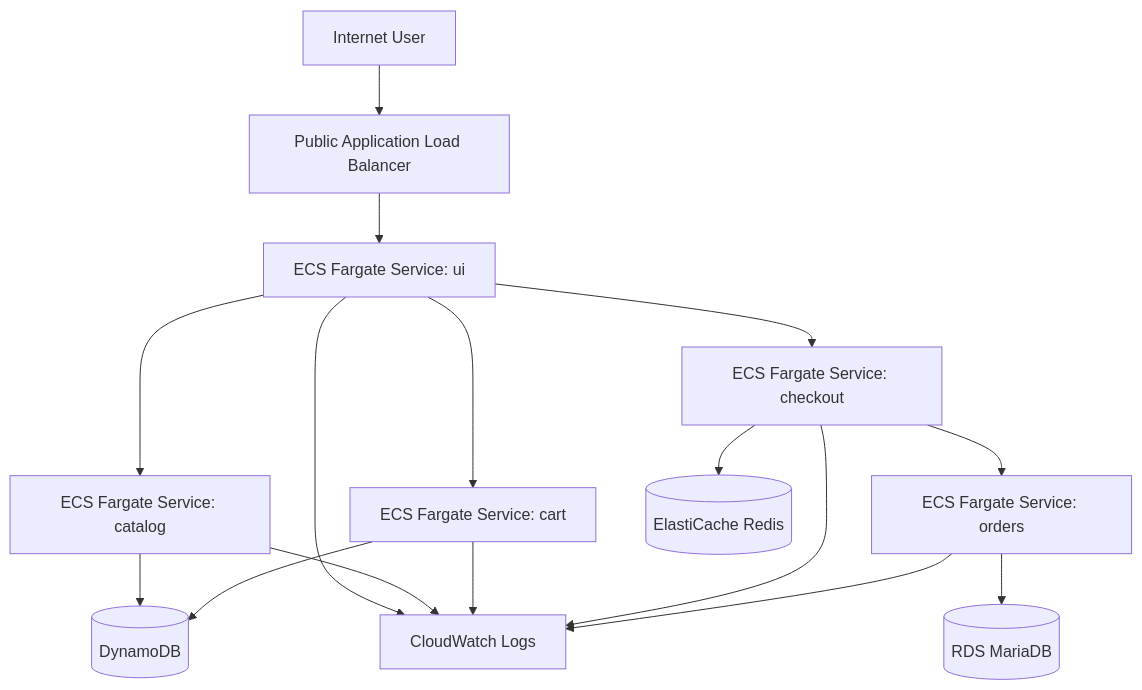
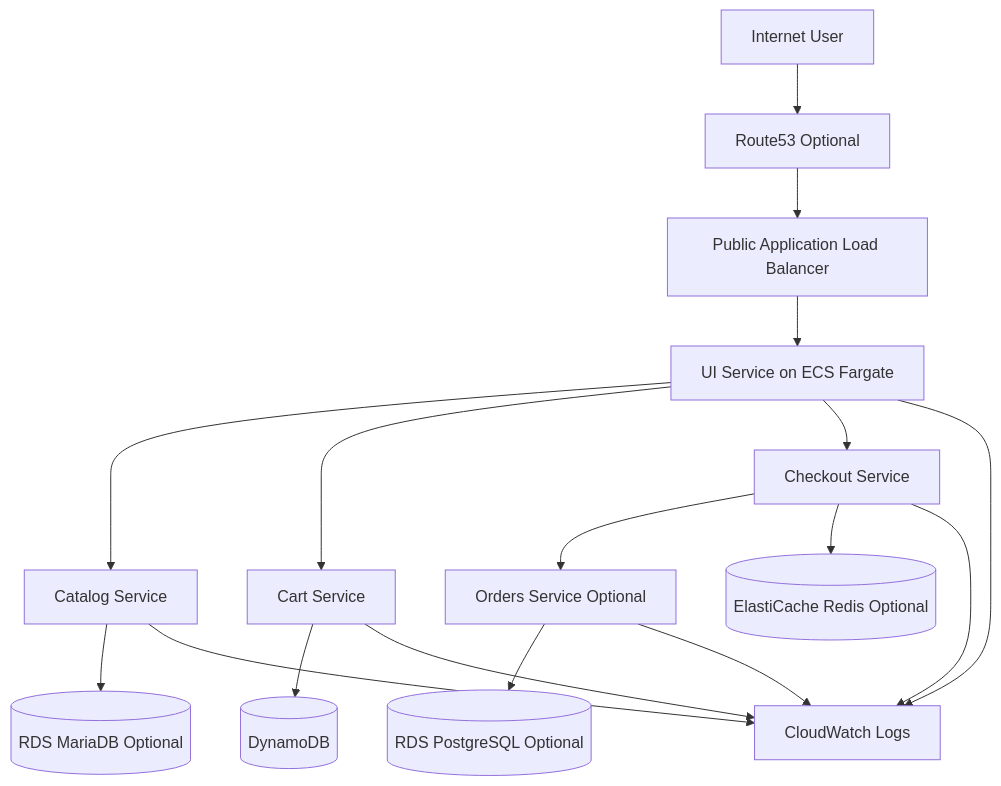
The diagram in docs/architecture.md (hakanbayraktar/ecs-fargate-retail-sample-production), drawn with Mermaid before and after one commit. The commit also changed other lines of this file and 19 other files, not shown here.

````diff
--- a/docs/architecture.md
+++ b/docs/architecture.md
@@ -9,18 +17,19 @@
 ```mermaid
 flowchart TD
-  User[Internet User] --> ALB[Public Application Load Balancer]
-  ALB --> UI[ECS Fargate Service: ui]
-  UI --> Catalog[ECS Fargate Service: catalog]
-  UI --> Cart[ECS Fargate Service: cart]
-  UI --> Checkout[ECS Fargate Service: checkout]
-  Checkout --> Orders[ECS Fargate Service: orders]
-  Catalog --> DDB[(DynamoDB)]
-  Cart --> DDB
-  Checkout --> Redis[(ElastiCache Redis)]
-  Orders --> RDS[(RDS MariaDB)]
-  UI --> CW[CloudWatch Logs]
-  Catalog --> CW
-  Cart --> CW
-  Checkout --> CW
-  Orders --> CW
+  User[Internet User] --> R53[Route53 Optional]
+  R53 --> ALB[Public Application Load Balancer]
+  ALB --> UI[UI Service on ECS Fargate]
+  UI --> Catalog[Catalog Service]
+  UI --> Cart[Cart Service]
+  UI --> Checkout[Checkout Service]
+  Checkout --> Orders[Orders Service Optional]
+  Catalog --> CatalogDB[(RDS MariaDB Optional)]
+  Cart --> CartDDB[(DynamoDB)]
+  Checkout --> Redis[(ElastiCache Redis Optional)]
+  Orders --> OrdersDB[(RDS PostgreSQL Optional)]
+  UI --> Logs[CloudWatch Logs]
+  Catalog --> Logs
+  Cart --> Logs
+  Checkout --> Logs
+  Orders --> Logs
 ```
````
